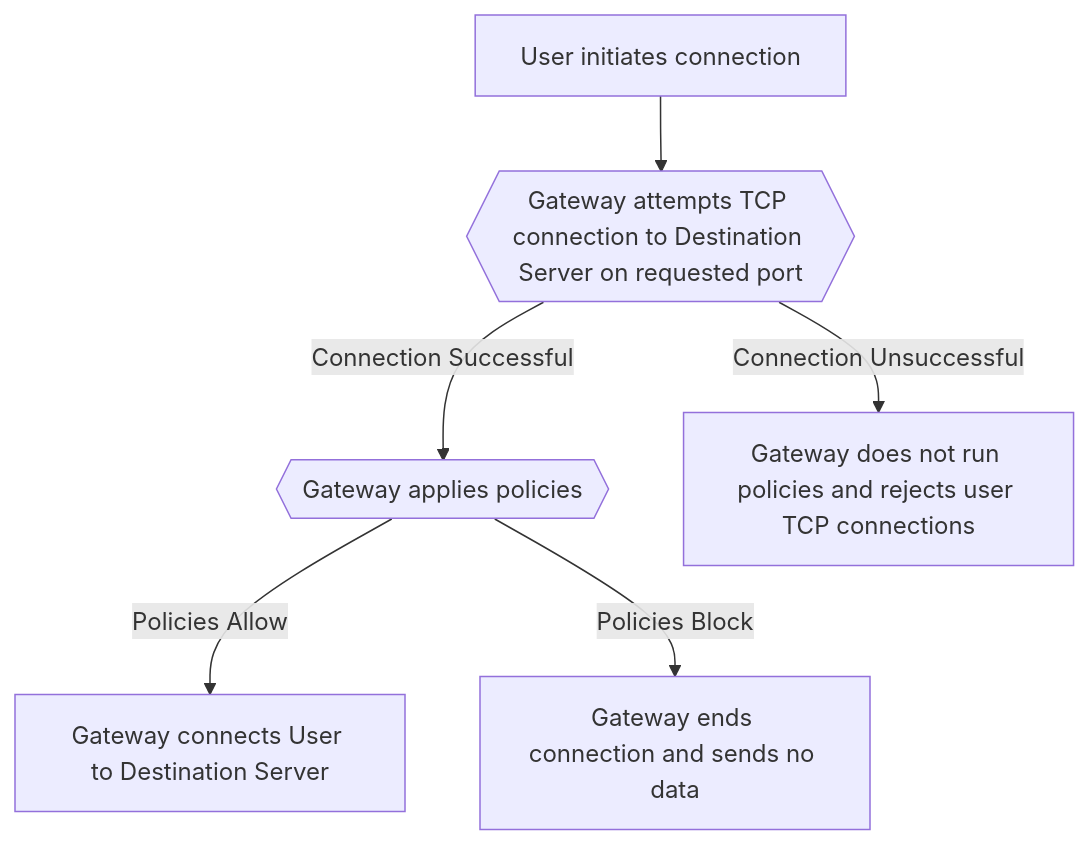
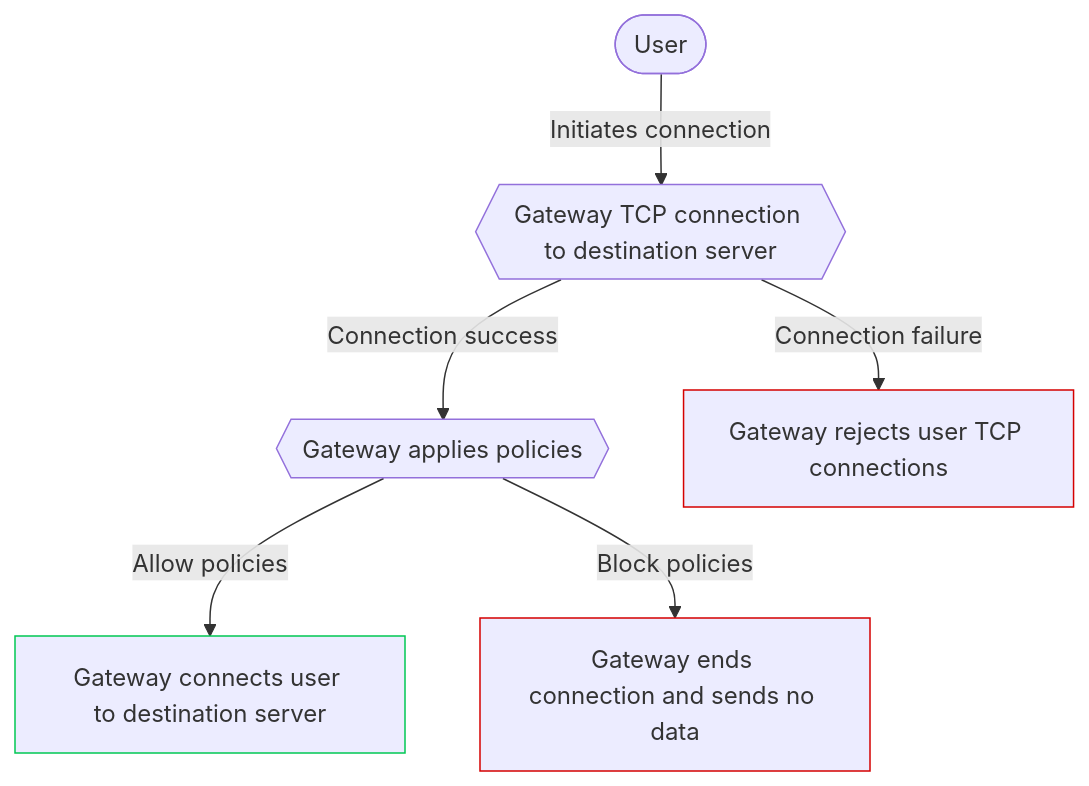
Before and after one commit to Daus5239/cloudflare-docs: the third of 3 diagrams in src/content/partials/cloudflare-one/gateway/order-of-enforcement.mdx, drawn with Mermaid. The commit also changed other lines of this file, not shown here.

Commit message:
Update establishment section

````diff
--- a/src/content/partials/cloudflare-one/gateway/order-of-enforcement.mdx
+++ b/src/content/partials/cloudflare-one/gateway/order-of-enforcement.mdx
@@ -142,11 +142,14 @@
 ```mermaid
 flowchart TB
-    A["User initiates connection"] --> B["Gateway attempts TCP connection to Destination Server on requested port"]
-    B -- Connection Successful --> C["Gateway applies policies"]
-    B -- Connection Unsuccessful --> E["Gateway does not run policies and rejects user TCP connections"]
-    C -- Policies Allow --> D["Gateway connects User to Destination Server"]
-    C -- Policies Block --> F["Gateway ends connection and sends no data"]
+    A(["User"]) -- Initiates connection --> B["Gateway TCP connection to destination server"]
+    B -- Connection success --> C["Gateway applies policies"]
+    B -- Connection failure --> E["Gateway rejects user TCP connections"]
+    C -- Allow policies --> D["Gateway connects user to destination server"]
+    C -- Block policies --> F["Gateway ends connection and sends no data"]
 
     B@{ shape: hex}
     C@{ shape: hex}
+    style E stroke:#D50000
+    style D stroke:#00C853
+    style F stroke:#D50000
 ```
````
